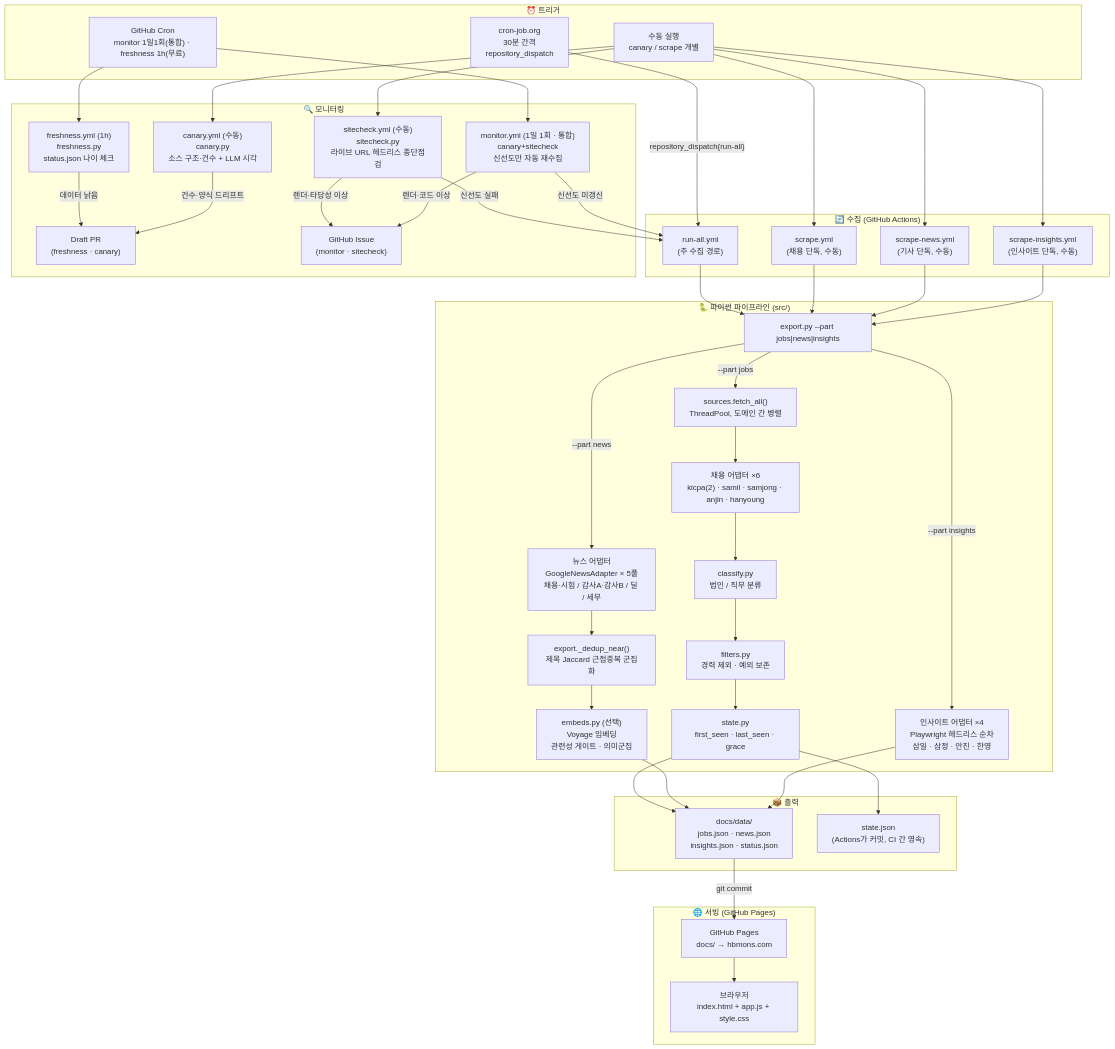
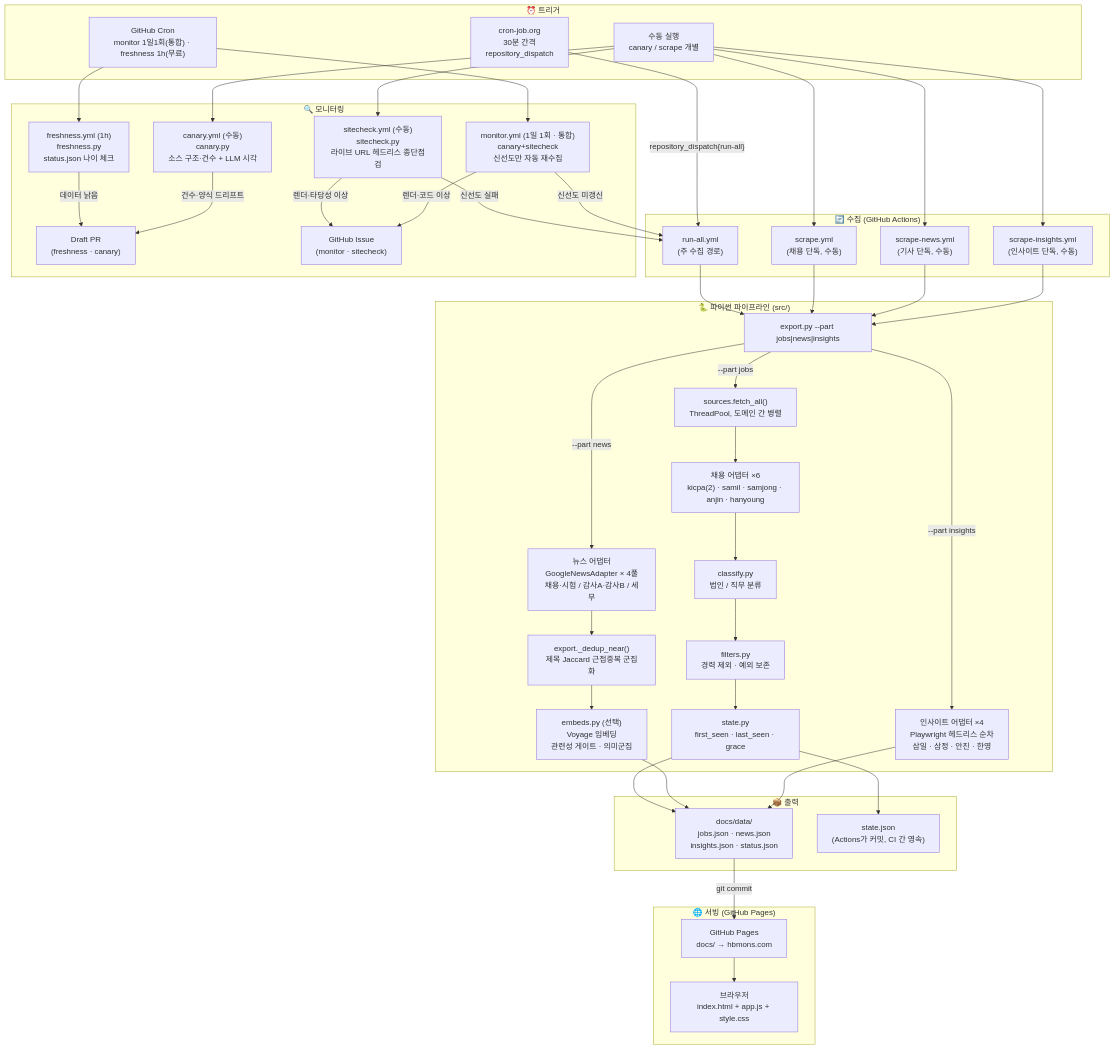
The first of 7 diagrams in docs-meta/WORKFLOW.md (jaehyuk-choi-KICPA/KICPA_CAREER_HUB_SITE), drawn with Mermaid before and after one commit. The commit also changed other lines of this file and 5 other files, not shown here.

````diff
--- a/docs-meta/WORKFLOW.md
+++ b/docs-meta/WORKFLOW.md
@@ -10,72 +10,72 @@
 ```mermaid
 flowchart TD
     subgraph TRIGGER["⏰ 트리거"]
         EXT["cron-job.org<br/>30분 간격<br/>repository_dispatch"]
         GH_CRON["GitHub Cron<br/>monitor 1일1회(통합) · freshness 1h(무료)"]
         MANUAL["수동 실행<br/>canary / scrape 개별"]
     end
 
     subgraph COLLECT["🔄 수집 (GitHub Actions)"]
         RUN_ALL["run-all.yml<br/>(주 수집 경로)"]
         SCRAPE["scrape.yml<br/>(채용 단독, 수동)"]
         SCRAPE_N["scrape-news.yml<br/>(기사 단독, 수동)"]
         SCRAPE_I["scrape-insights.yml<br/>(인사이트 단독, 수동)"]
     end
 
     subgraph PIPELINE["🐍 파이썬 파이프라인 (src/)"]
         EXPORT["export.py --part jobs|news|insights"]
         SOURCES["sources.fetch_all()<br/>ThreadPool, 도메인 간 병렬"]
         ADAPTERS_J["채용 어댑터 ×6<br/>kicpa(2) · samil · samjong · anjin · hanyoung"]
-        ADAPTERS_N["뉴스 어댑터<br/>GoogleNewsAdapter × 5풀<br/>채용·시험 / 감사A·감사B / 딜 / 세무"]
+        ADAPTERS_N["뉴스 어댑터<br/>GoogleNewsAdapter × 4풀<br/>채용·시험 / 감사A·감사B / 세무"]
         ADAPTERS_I["인사이트 어댑터 ×4<br/>Playwright 헤드리스 순차<br/>삼일 · 삼정 · 안진 · 한영"]
         STATE["state.py<br/>first_seen · last_seen · grace"]
         CLASSIFY["classify.py<br/>법인 / 직무 분류"]
         FILTER["filters.py<br/>경력 제외 · 예외 보존"]
         DEDUP["export._dedup_near()<br/>제목 Jaccard 근접중복 군집화"]
         EMBEDS["embeds.py (선택)<br/>Voyage 임베딩<br/>관련성 게이트 · 의미군집"]
     end
 
     subgraph OUTPUT["📦 출력"]
         DATA["docs/data/<br/>jobs.json · news.json<br/>insights.json · status.json"]
         STATE_J["state.json<br/>(Actions가 커밋, CI 간 영속)"]
     end
 
     subgraph SERVE["🌐 서빙 (GitHub Pages)"]
         PAGES["GitHub Pages<br/>docs/ → hbmons.com"]
         BROWSER["브라우저<br/>index.html + app.js + style.css"]
     end
 
     subgraph MONITOR["🔍 모니터링"]
         FRESH["freshness.yml (1h)<br/>freshness.py<br/>status.json 나이 체크"]
         SITE["sitecheck.yml (수동)<br/>sitecheck.py<br/>라이브 URL 헤드리스 종단점검"]
         CANARY["canary.yml (수동)<br/>canary.py<br/>소스 구조·건수 + LLM 시각"]
         MON["monitor.yml (1일 1회 · 통합)<br/>canary+sitecheck<br/>신선도만 자동 재수집"]
         DRAFT_PR["Draft PR<br/>(freshness · canary)"]
         GH_ISSUE["GitHub Issue<br/>(monitor · sitecheck)"]
     end
 
     EXT -->|"repository_dispatch{run-all}"| RUN_ALL
     GH_CRON --> MON & FRESH
     MANUAL --> SCRAPE & SCRAPE_N & SCRAPE_I & CANARY & SITE
 
     RUN_ALL --> EXPORT
     SCRAPE & SCRAPE_N & SCRAPE_I --> EXPORT
 
     EXPORT -->|"--part jobs"| SOURCES --> ADAPTERS_J
     EXPORT -->|"--part news"| ADAPTERS_N
     EXPORT -->|"--part insights"| ADAPTERS_I
 
     ADAPTERS_J --> CLASSIFY --> FILTER --> STATE --> DATA
     ADAPTERS_N --> DEDUP --> EMBEDS --> DATA
     ADAPTERS_I --> DATA
     STATE --> STATE_J
 
     DATA -->|"git commit"| PAGES --> BROWSER
 
     FRESH -->|"데이터 낡음"| DRAFT_PR
     SITE -->|"렌더·타당성 이상"| GH_ISSUE
     SITE -->|"신선도 실패"| RUN_ALL
     CANARY -->|"건수·양식 드리프트"| DRAFT_PR
     MON -->|"신선도 미갱신"| RUN_ALL
     MON -->|"렌더·코드 이상"| GH_ISSUE
 ```
````
